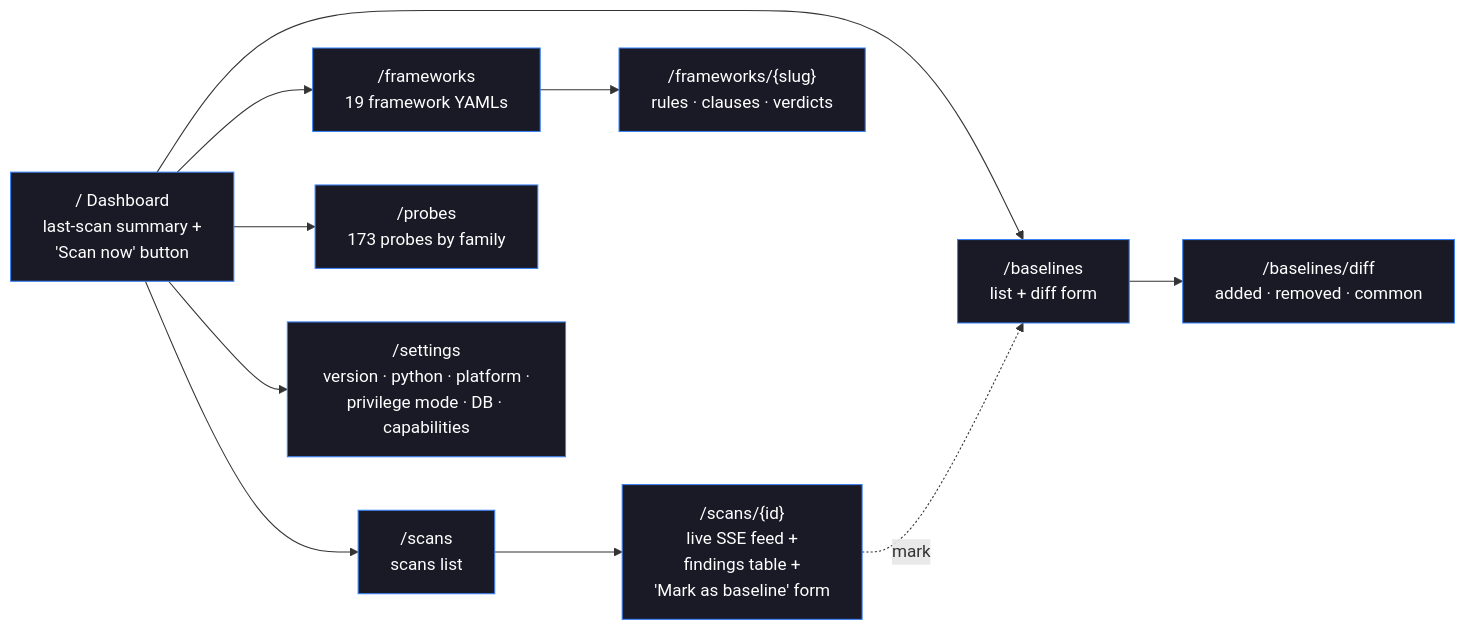
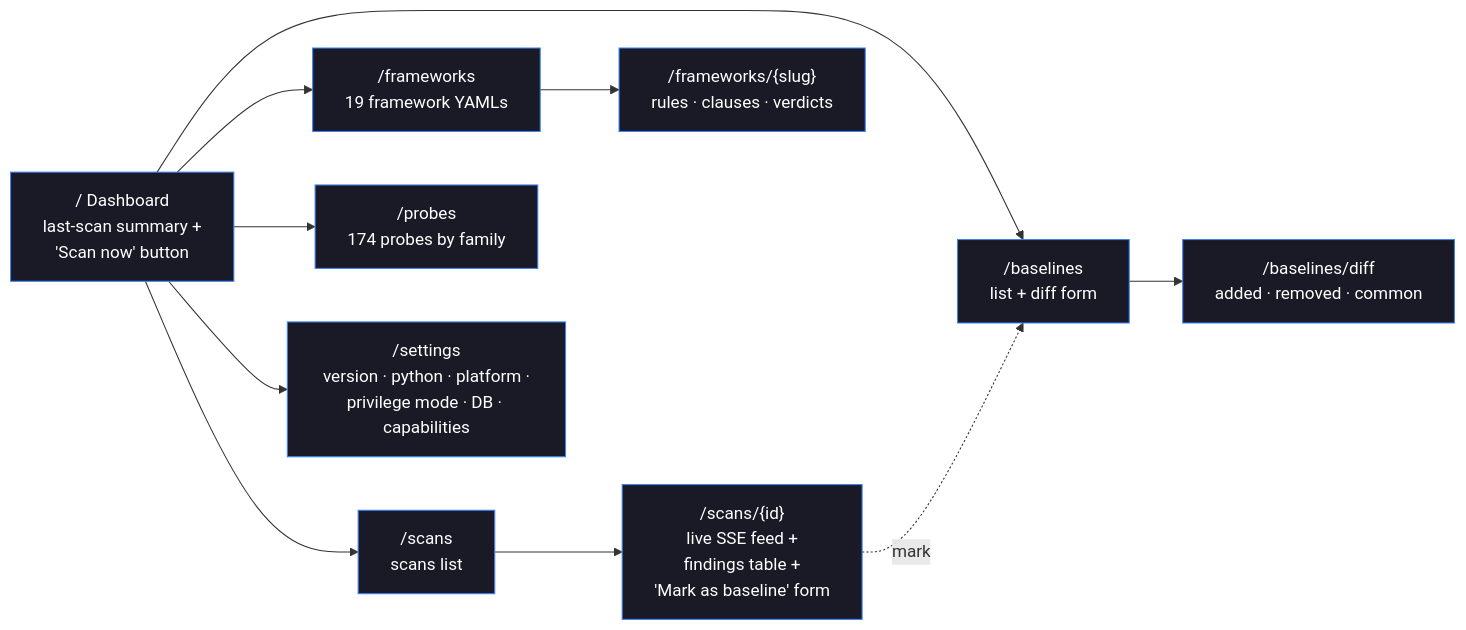
One commit to orengacademy/pqc-scanner2 changed the fourth of 8 diagrams in README.md. Above: the diagram before and after it, drawn with Mermaid. The commit also changed other lines of this file and 13 other files, not shown here.

````diff
--- a/README.md
+++ b/README.md
@@ -248,22 +248,22 @@
 ```mermaid
 flowchart LR
     HOME["/  Dashboard<br/>last-scan summary +<br/>'Scan now' button"]
     SCANS["/scans<br/>scans list"]
     DETAIL["/scans/{id}<br/>live SSE feed +<br/>findings table +<br/>'Mark as baseline' form"]
     FRAMEWORKS["/frameworks<br/>19 framework YAMLs"]
     FW_DET["/frameworks/{slug}<br/>rules · clauses · verdicts"]
-    PROBES["/probes<br/>173 probes by family"]
+    PROBES["/probes<br/>174 probes by family"]
     BASELINES["/baselines<br/>list + diff form"]
     DIFF["/baselines/diff<br/>added · removed · common"]
     SETTINGS["/settings<br/>version · python · platform ·<br/>privilege mode · DB · capabilities"]
 
     HOME --> SCANS --> DETAIL
     HOME --> FRAMEWORKS --> FW_DET
     HOME --> PROBES
     HOME --> BASELINES --> DIFF
     DETAIL -.mark.-> BASELINES
     HOME --> SETTINGS
 
     classDef page fill:#1a1a26,color:#fff,stroke:#3b82f6
     class HOME,SCANS,DETAIL,FRAMEWORKS,FW_DET,PROBES,BASELINES,DIFF,SETTINGS page
 ```
````
